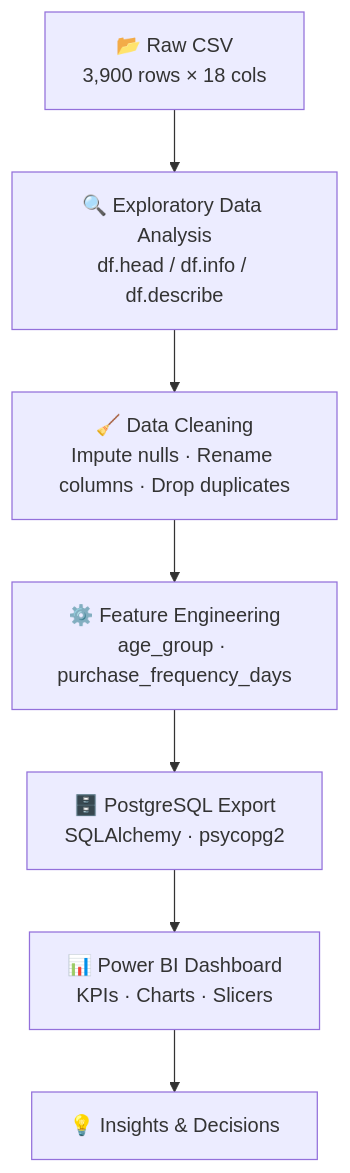
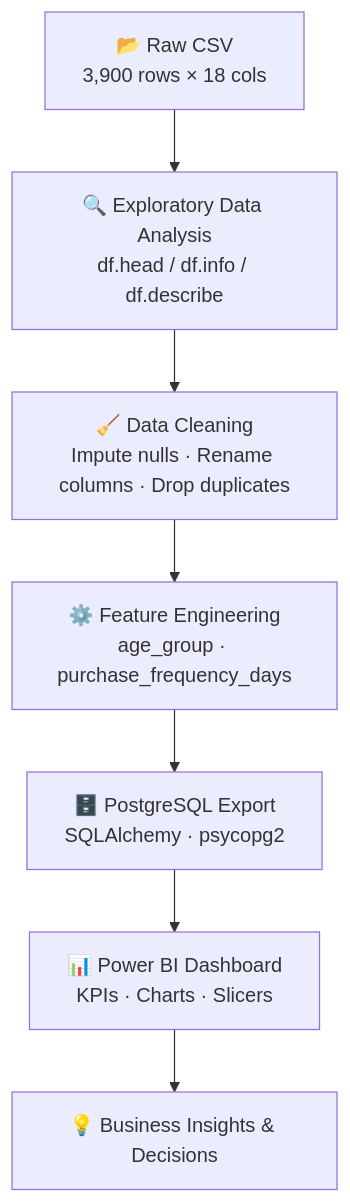
The first of 2 diagrams in README.md (Prasadanu17/CustomerPulse-Analytics), drawn with Mermaid before and after one commit. The commit also changed other lines of this file, not shown here.

````diff
--- a/README.md
+++ b/README.md
@@ -115,9 +148,9 @@
 ```mermaid
 flowchart TD
     A["📂 Raw CSV\n3,900 rows × 18 cols"] --> B["🔍 Exploratory Data Analysis\ndf.head / df.info / df.describe"]
     B --> C["🧹 Data Cleaning\nImpute nulls · Rename columns · Drop duplicates"]
     C --> D["⚙️ Feature Engineering\nage_group · purchase_frequency_days"]
     D --> E["🗄️ PostgreSQL Export\nSQLAlchemy · psycopg2"]
     E --> F["📊 Power BI Dashboard\nKPIs · Charts · Slicers"]
-    F --> G["💡 Insights & Decisions"]
+    F --> G["💡 Business Insights & Decisions"]
 ```
````
